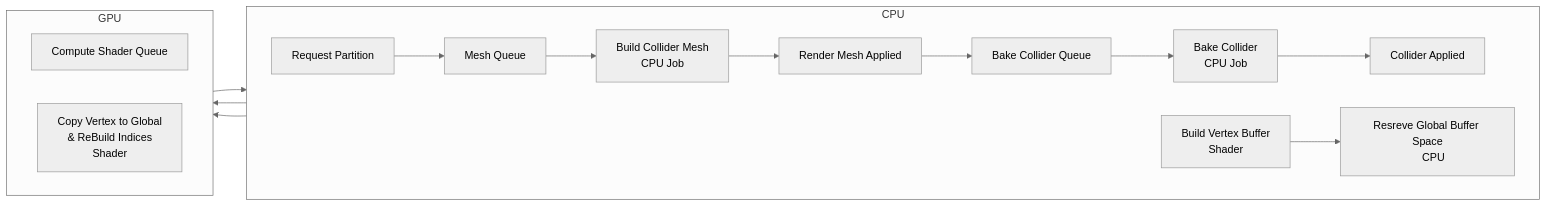
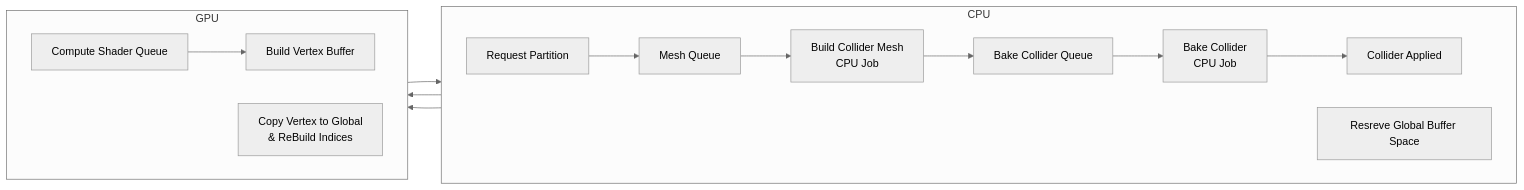
One commit to anilas5235/voxel-game changed the fifth of 6 diagrams in Assets/Engine/Docs/MeshAndRenderPipeline.md. Above: the diagram before and after it, drawn with Mermaid (neutral theme).

Commit message:
chore:fix in chart

````diff
--- a/Assets/Engine/Docs/MeshAndRenderPipeline.md
+++ b/Assets/Engine/Docs/MeshAndRenderPipeline.md
@@ -159,27 +159,24 @@
 ```mermaid
 flowchart LR
 subgraph CPU["CPU"]
     direction LR
     D[Request Partition] --> E[Mesh Queue]
     E --> F[Build Collider Mesh 
     CPU Job]
-    F --> G[Render Mesh Applied]
-    G --> H[Bake Collider Queue]
+    F --> H[Bake Collider Queue]
     H --> I[Bake Collider
     CPU Job]
     I --> J[Collider Applied]
 
-    C --> K[Resreve Global Buffer Space
-    CPU]
+    K[Resreve Global Buffer Space]
 end
 
 subgraph GPU
     direction LR
     E --> B[Compute Shader Queue]
-    B --> C[Build Vertex Buffer
-    Shader]
+    B --> C[Build Vertex Buffer]
+    C --> K
     K --> L[Copy Vertex to Global
-    & ReBuild Indices
-    Shader]
+    & ReBuild Indices]
 end   
 ```
````
